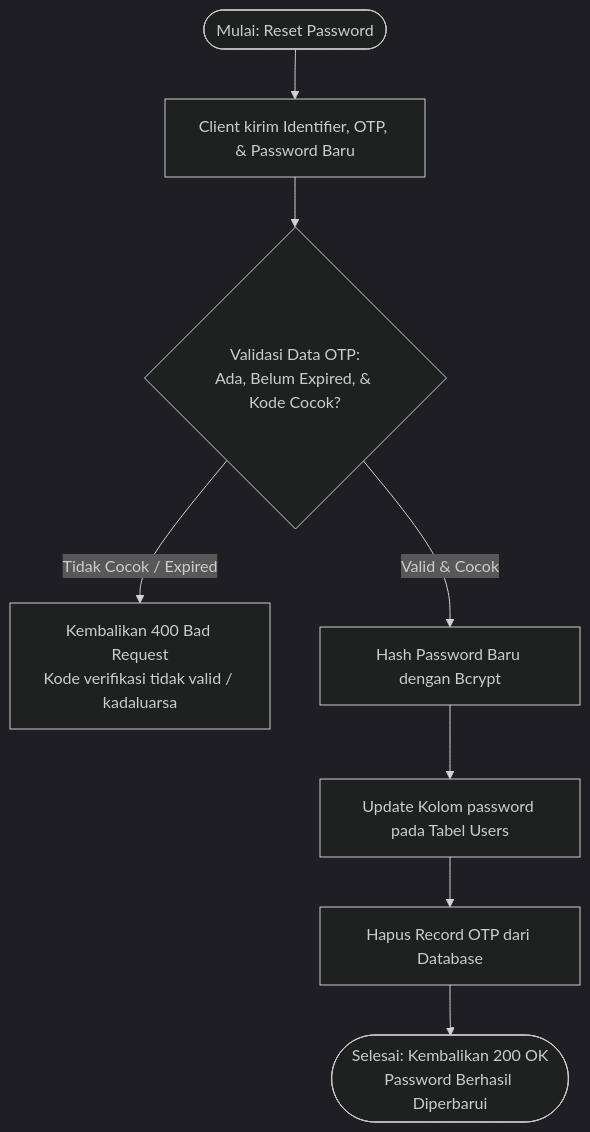
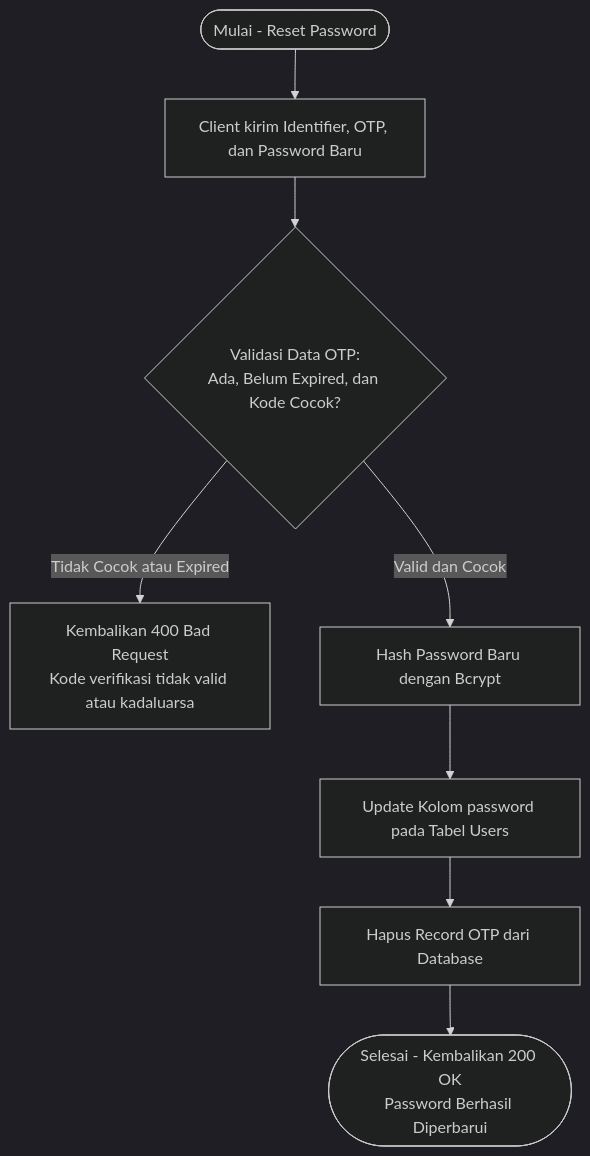
The ninth of 10 diagrams in README.md (nabilkencana/Laravel-UKL), drawn with Mermaid (dark theme) before and after one commit. The commit also changed other lines of this file, not shown here.

Commit message:
Update README.md; improve clarity in sequence diagrams and flowcharts for user authentication processes

````diff
--- a/README.md
+++ b/README.md
@@ -464,10 +463,10 @@
 ```mermaid
 flowchart TD
-    A([Mulai: Reset Password]) --> B[Client kirim Identifier, OTP, & Password Baru]
-    B --> C{Validasi Data OTP:<br/>Ada, Belum Expired, & Kode Cocok?}
-    C -- Tidak Cocok / Expired --> D[Kembalikan 400 Bad Request<br/>Kode verifikasi tidak valid / kadaluarsa]
-    C -- Valid & Cocok --> E[Hash Password Baru dengan Bcrypt]
-    E --> F[Update Kolom password pada Tabel Users]
-    F --> G[Hapus Record OTP dari Database]
-    G --> H([Selesai: Kembalikan 200 OK<br/>Password Berhasil Diperbarui])
+    A(["Mulai - Reset Password"]) --> B["Client kirim Identifier, OTP, dan Password Baru"]
+    B --> C{"Validasi Data OTP:<br/>Ada, Belum Expired, dan Kode Cocok?"}
+    C -- Tidak Cocok atau Expired --> D["Kembalikan 400 Bad Request<br/>Kode verifikasi tidak valid atau kadaluarsa"]
+    C -- Valid dan Cocok --> E["Hash Password Baru dengan Bcrypt"]
+    E --> F["Update Kolom password pada Tabel Users"]
+    F --> G["Hapus Record OTP dari Database"]
+    G --> H(["Selesai - Kembalikan 200 OK<br/>Password Berhasil Diperbarui"])
 ```
````
